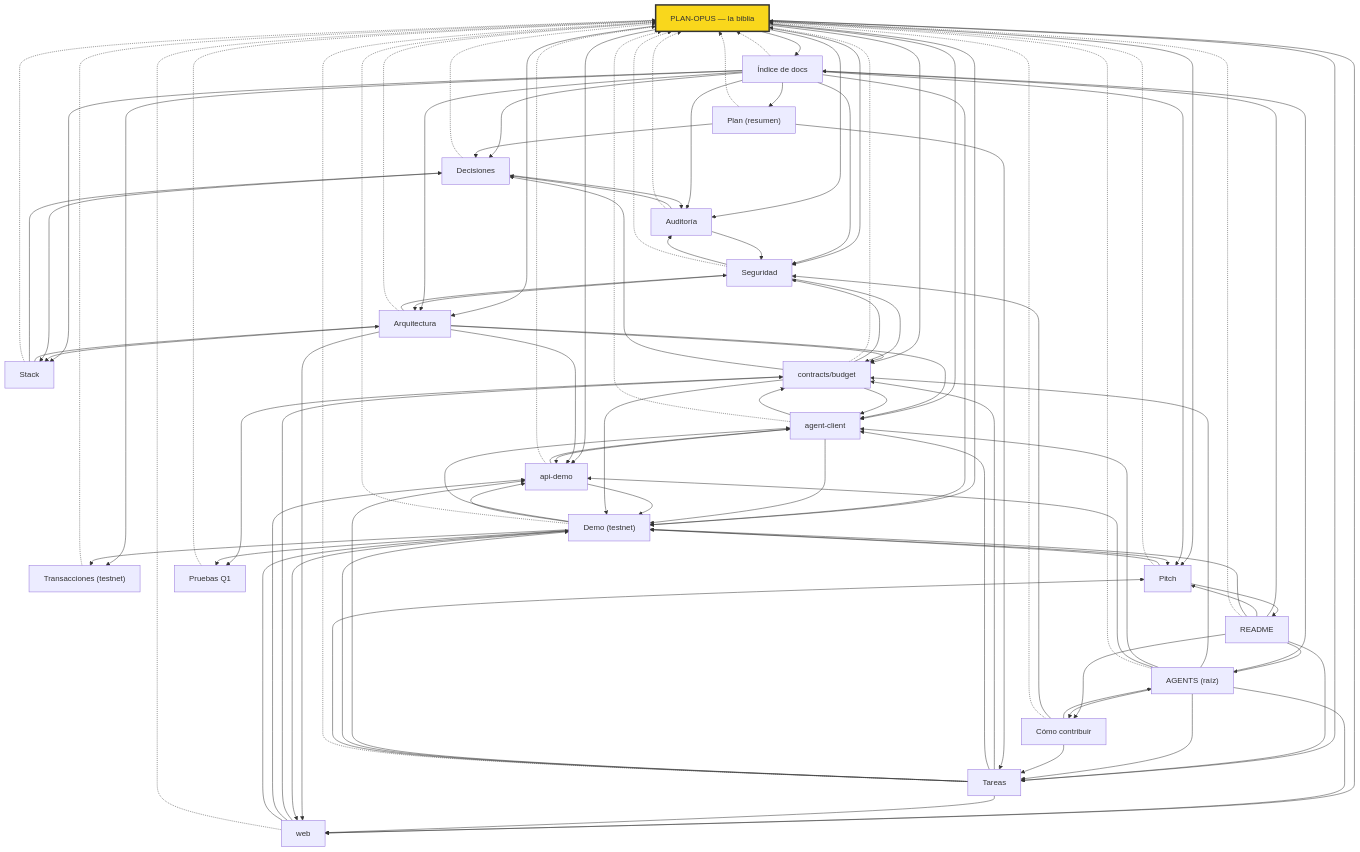
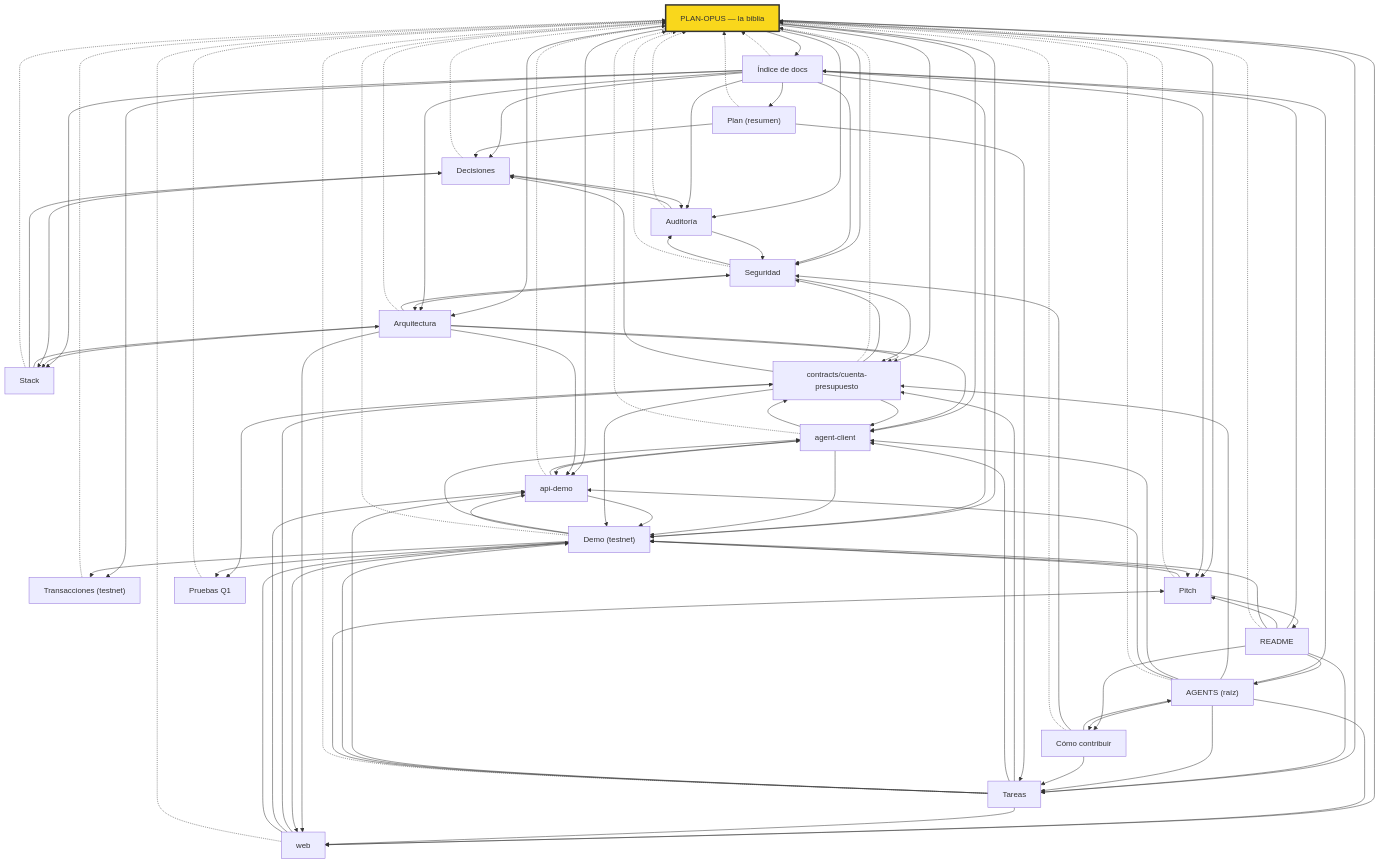
The diagram in docs/MAPA.md (jxsu404/quickchain), drawn with Mermaid before and after one commit. The commit also changed other lines of this file and 25 other files, not shown here.

Commit message:
Q1: renombrar contracts/budget a contracts/cuenta-presupuesto (crate cuenta-presupuesto) y gitleaks compatible con main

```diff
--- a/docs/MAPA.md
+++ b/docs/MAPA.md
@@ -20,7 +20,7 @@
   docs_transacciones_md["Transacciones (testnet)"]
   docs_PITCH_md["Pitch"]
   docs_pruebas_q1_md["Pruebas Q1"]
-  contracts_budget_AGENTS_md["contracts/budget"]
+  contracts_cuenta_presupuesto_AGENTS_md["contracts/cuenta-presupuesto"]
   agent_client_AGENTS_md["agent-client"]
   api_demo_AGENTS_md["api-demo"]
   web_AGENTS_md["web"]
@@ -28,7 +28,7 @@
   docs_PLAN_OPUS_md --> docs_INDICE_md
   docs_PLAN_OPUS_md --> TAREAS_md
   docs_PLAN_OPUS_md --> docs_AUDITORIA_md
-  docs_PLAN_OPUS_md --> contracts_budget_AGENTS_md
+  docs_PLAN_OPUS_md --> contracts_cuenta_presupuesto_AGENTS_md
   docs_PLAN_OPUS_md --> agent_client_AGENTS_md
   docs_PLAN_OPUS_md --> api_demo_AGENTS_md
   docs_PLAN_OPUS_md --> web_AGENTS_md
@@ -45,14 +45,14 @@
   AGENTS_md --> CONTRIBUTING_md
   AGENTS_md --> TAREAS_md
   AGENTS_md --> docs_INDICE_md
-  AGENTS_md --> contracts_budget_AGENTS_md
+  AGENTS_md --> contracts_cuenta_presupuesto_AGENTS_md
   AGENTS_md --> agent_client_AGENTS_md
   AGENTS_md --> api_demo_AGENTS_md
   AGENTS_md --> web_AGENTS_md
   CONTRIBUTING_md --> AGENTS_md
   CONTRIBUTING_md --> TAREAS_md
   CONTRIBUTING_md --> docs_SEGURIDAD_md
-  TAREAS_md --> contracts_budget_AGENTS_md
+  TAREAS_md --> contracts_cuenta_presupuesto_AGENTS_md
   TAREAS_md --> agent_client_AGENTS_md
   TAREAS_md --> api_demo_AGENTS_md
   TAREAS_md --> web_AGENTS_md
@@ -71,7 +71,7 @@
   docs_PLAN_md --> TAREAS_md
   docs_ARQUITECTURA_md --> docs_STACK_md
   docs_ARQUITECTURA_md --> docs_SEGURIDAD_md
-  docs_ARQUITECTURA_md --> contracts_budget_AGENTS_md
+  docs_ARQUITECTURA_md --> contracts_cuenta_presupuesto_AGENTS_md
   docs_ARQUITECTURA_md --> agent_client_AGENTS_md
   docs_ARQUITECTURA_md --> api_demo_AGENTS_md
   docs_ARQUITECTURA_md --> web_AGENTS_md
@@ -81,7 +81,7 @@
   docs_DECISIONES_md --> docs_STACK_md
   docs_SEGURIDAD_md --> docs_ARQUITECTURA_md
   docs_SEGURIDAD_md --> docs_AUDITORIA_md
-  docs_SEGURIDAD_md --> contracts_budget_AGENTS_md
+  docs_SEGURIDAD_md --> contracts_cuenta_presupuesto_AGENTS_md
   docs_AUDITORIA_md --> docs_DECISIONES_md
   docs_AUDITORIA_md --> docs_SEGURIDAD_md
   docs_DEMO_md --> docs_PITCH_md
@@ -91,14 +91,14 @@
   docs_DEMO_md --> web_AGENTS_md
   docs_PITCH_md --> docs_DEMO_md
   docs_PITCH_md --> README_md
-  contracts_budget_AGENTS_md --> agent_client_AGENTS_md
-  contracts_budget_AGENTS_md --> docs_SEGURIDAD_md
-  agent_client_AGENTS_md --> contracts_budget_AGENTS_md
+  contracts_cuenta_presupuesto_AGENTS_md --> agent_client_AGENTS_md
+  contracts_cuenta_presupuesto_AGENTS_md --> docs_SEGURIDAD_md
+  agent_client_AGENTS_md --> contracts_cuenta_presupuesto_AGENTS_md
   agent_client_AGENTS_md --> api_demo_AGENTS_md
   agent_client_AGENTS_md --> docs_DEMO_md
   api_demo_AGENTS_md --> agent_client_AGENTS_md
   api_demo_AGENTS_md --> docs_DEMO_md
-  web_AGENTS_md --> contracts_budget_AGENTS_md
+  web_AGENTS_md --> contracts_cuenta_presupuesto_AGENTS_md
   web_AGENTS_md --> api_demo_AGENTS_md
   web_AGENTS_md --> docs_DEMO_md
   README_md -.-> docs_PLAN_OPUS_md
@@ -115,10 +115,10 @@
   docs_DEMO_md -.-> docs_PLAN_OPUS_md
   docs_PITCH_md -.-> docs_PLAN_OPUS_md
   docs_transacciones_md -.-> docs_PLAN_OPUS_md
-  contracts_budget_AGENTS_md -.-> docs_PLAN_OPUS_md
-  contracts_budget_AGENTS_md --> docs_DEMO_md
-  contracts_budget_AGENTS_md --> docs_DECISIONES_md
-  contracts_budget_AGENTS_md --> docs_pruebas_q1_md
+  contracts_cuenta_presupuesto_AGENTS_md -.-> docs_PLAN_OPUS_md
+  contracts_cuenta_presupuesto_AGENTS_md --> docs_DEMO_md
+  contracts_cuenta_presupuesto_AGENTS_md --> docs_DECISIONES_md
+  contracts_cuenta_presupuesto_AGENTS_md --> docs_pruebas_q1_md
   docs_DEMO_md --> docs_pruebas_q1_md
   docs_pruebas_q1_md -.-> docs_PLAN_OPUS_md
   agent_client_AGENTS_md -.-> docs_PLAN_OPUS_md
```
